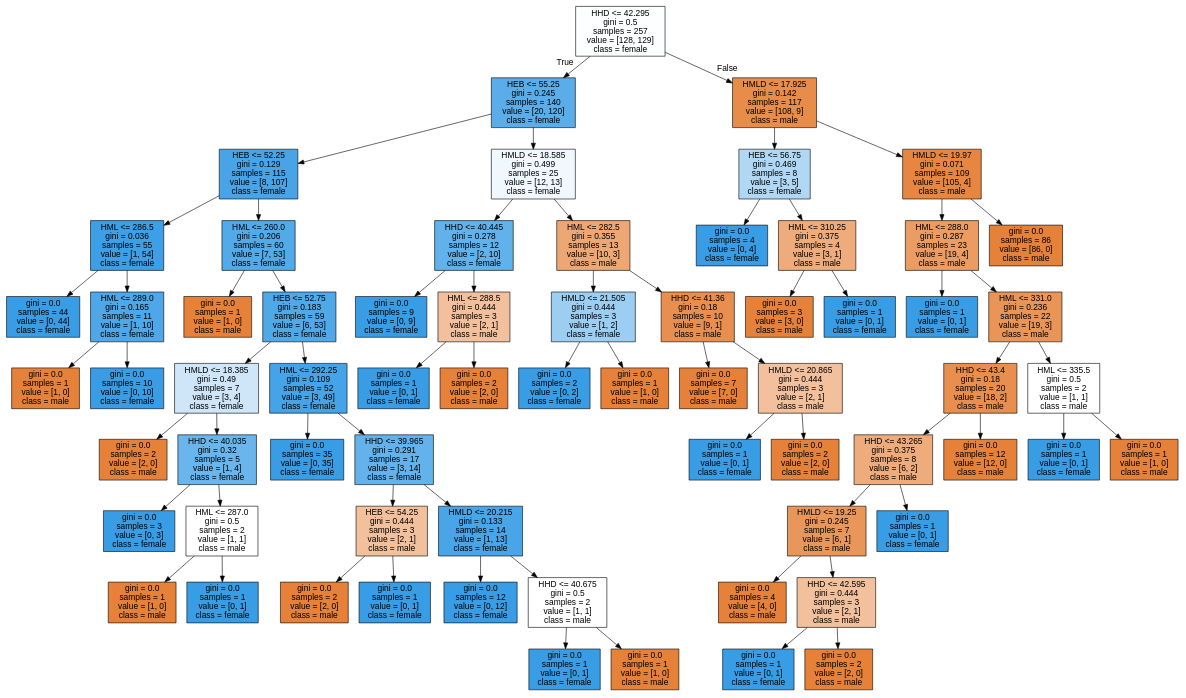
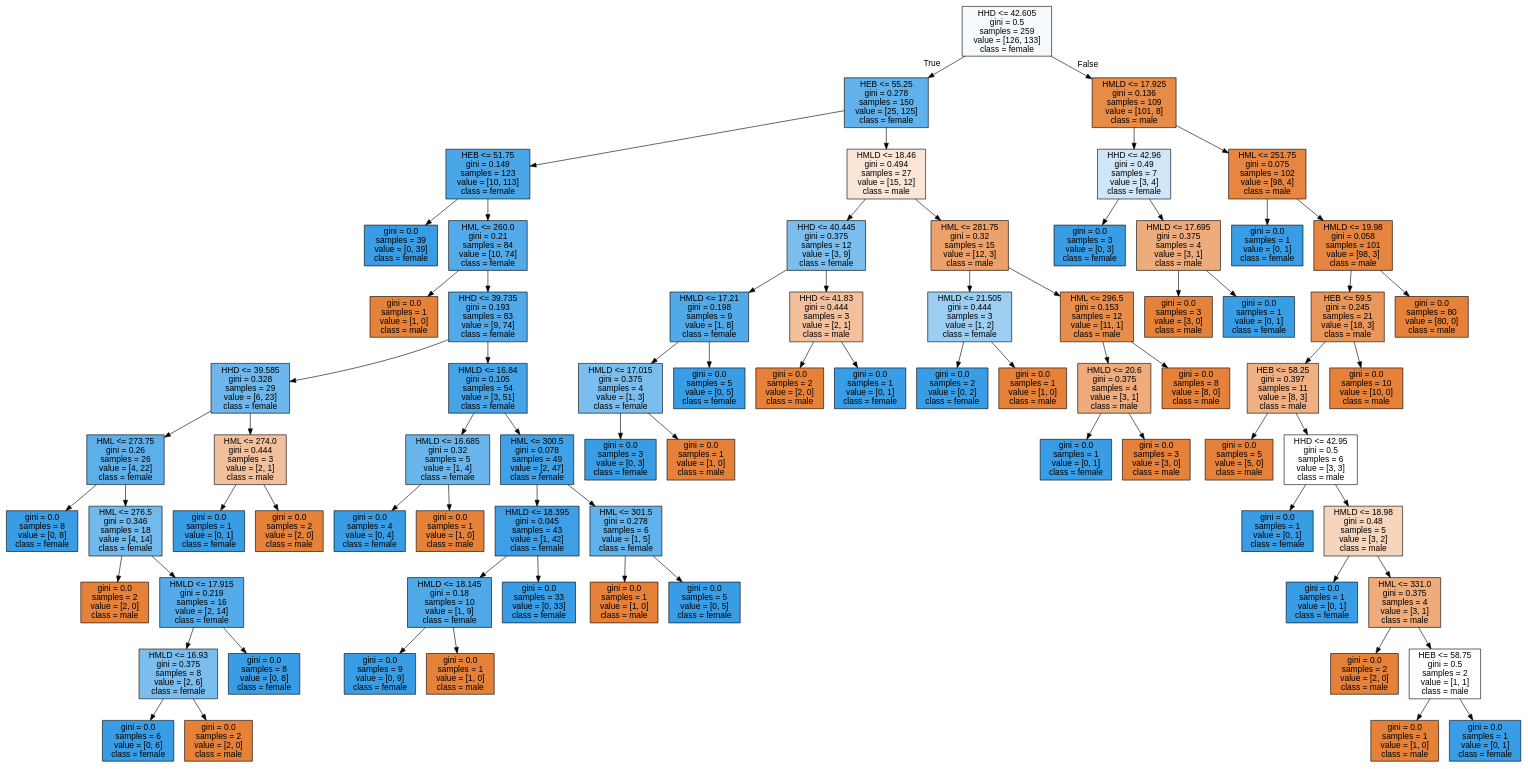
Before and after one commit to AndreeaBolonyi/ReconstituiriIstorice: the diagram in data/decision_trees/tree_sex_humerus.dot, drawn with Graphviz. The commit also changed 5 other files, not shown here.

```diff
--- a/data/decision_trees/tree_sex_humerus.dot
+++ b/data/decision_trees/tree_sex_humerus.dot
@@ -1,137 +1,153 @@
 digraph Tree {
 node [shape=box, style="filled", color="black", fontname="helvetica"] ;
 edge [fontname="helvetica"] ;
-0 [label="HHD <= 42.295\ngini = 0.5\nsamples = 257\nvalue = [128, 129]\nclass = female", fillcolor="#fdfeff"] ;
-1 [label="HEB <= 55.25\ngini = 0.245\nsamples = 140\nvalue = [20, 120]\nclass = female", fillcolor="#5aade9"] ;
+0 [label="HHD <= 42.605\ngini = 0.5\nsamples = 259\nvalue = [126, 133]\nclass = female", fillcolor="#f5fafe"] ;
+1 [label="HEB <= 55.25\ngini = 0.278\nsamples = 150\nvalue = [25, 125]\nclass = female", fillcolor="#61b1ea"] ;
 0 -> 1 [labeldistance=2.5, labelangle=45, headlabel="True"] ;
-2 [label="HEB <= 52.25\ngini = 0.129\nsamples = 115\nvalue = [8, 107]\nclass = female", fillcolor="#48a4e7"] ;
+2 [label="HEB <= 51.75\ngini = 0.149\nsamples = 123\nvalue = [10, 113]\nclass = female", fillcolor="#4ba6e7"] ;
 1 -> 2 ;
-3 [label="HML <= 286.5\ngini = 0.036\nsamples = 55\nvalue = [1, 54]\nclass = female", fillcolor="#3d9fe5"] ;
+3 [label="gini = 0.0\nsamples = 39\nvalue = [0, 39]\nclass = female", fillcolor="#399de5"] ;
 2 -> 3 ;
-4 [label="gini = 0.0\nsamples = 44\nvalue = [0, 44]\nclass = female", fillcolor="#399de5"] ;
-3 -> 4 ;
-5 [label="HML <= 289.0\ngini = 0.165\nsamples = 11\nvalue = [1, 10]\nclass = female", fillcolor="#4da7e8"] ;
-3 -> 5 ;
-6 [label="gini = 0.0\nsamples = 1\nvalue = [1, 0]\nclass = male", fillcolor="#e58139"] ;
-5 -> 6 ;
-7 [label="gini = 0.0\nsamples = 10\nvalue = [0, 10]\nclass = female", fillcolor="#399de5"] ;
-5 -> 7 ;
-8 [label="HML <= 260.0\ngini = 0.206\nsamples = 60\nvalue = [7, 53]\nclass = female", fillcolor="#53aae8"] ;
-2 -> 8 ;
-9 [label="gini = 0.0\nsamples = 1\nvalue = [1, 0]\nclass = male", fillcolor="#e58139"] ;
+4 [label="HML <= 260.0\ngini = 0.21\nsamples = 84\nvalue = [10, 74]\nclass = female", fillcolor="#54aae9"] ;
+2 -> 4 ;
+5 [label="gini = 0.0\nsamples = 1\nvalue = [1, 0]\nclass = male", fillcolor="#e58139"] ;
+4 -> 5 ;
+6 [label="HHD <= 39.735\ngini = 0.193\nsamples = 83\nvalue = [9, 74]\nclass = female", fillcolor="#51a9e8"] ;
+4 -> 6 ;
+7 [label="HHD <= 39.585\ngini = 0.328\nsamples = 29\nvalue = [6, 23]\nclass = female", fillcolor="#6db7ec"] ;
+6 -> 7 ;
+8 [label="HML <= 273.75\ngini = 0.26\nsamples = 26\nvalue = [4, 22]\nclass = female", fillcolor="#5dafea"] ;
+7 -> 8 ;
+9 [label="gini = 0.0\nsamples = 8\nvalue = [0, 8]\nclass = female", fillcolor="#399de5"] ;
 8 -> 9 ;
-10 [label="HEB <= 52.75\ngini = 0.183\nsamples = 59\nvalue = [6, 53]\nclass = female", fillcolor="#4fa8e8"] ;
+10 [label="HML <= 276.5\ngini = 0.346\nsamples = 18\nvalue = [4, 14]\nclass = female", fillcolor="#72b9ec"] ;
 8 -> 10 ;
-11 [label="HMLD <= 18.385\ngini = 0.49\nsamples = 7\nvalue = [3, 4]\nclass = female", fillcolor="#cee6f8"] ;
+11 [label="gini = 0.0\nsamples = 2\nvalue = [2, 0]\nclass = male", fillcolor="#e58139"] ;
 10 -> 11 ;
-12 [label="gini = 0.0\nsamples = 2\nvalue = [2, 0]\nclass = male", fillcolor="#e58139"] ;
-11 -> 12 ;
-13 [label="HHD <= 40.035\ngini = 0.32\nsamples = 5\nvalue = [1, 4]\nclass = female", fillcolor="#6ab6ec"] ;
-11 -> 13 ;
-14 [label="gini = 0.0\nsamples = 3\nvalue = [0, 3]\nclass = female", fillcolor="#399de5"] ;
+12 [label="HMLD <= 17.915\ngini = 0.219\nsamples = 16\nvalue = [2, 14]\nclass = female", fillcolor="#55abe9"] ;
+10 -> 12 ;
+13 [label="HMLD <= 16.93\ngini = 0.375\nsamples = 8\nvalue = [2, 6]\nclass = female", fillcolor="#7bbeee"] ;
+12 -> 13 ;
+14 [label="gini = 0.0\nsamples = 6\nvalue = [0, 6]\nclass = female", fillcolor="#399de5"] ;
 13 -> 14 ;
-15 [label="HML <= 287.0\ngini = 0.5\nsamples = 2\nvalue = [1, 1]\nclass = male", fillcolor="#ffffff"] ;
+15 [label="gini = 0.0\nsamples = 2\nvalue = [2, 0]\nclass = male", fillcolor="#e58139"] ;
 13 -> 15 ;
-16 [label="gini = 0.0\nsamples = 1\nvalue = [1, 0]\nclass = male", fillcolor="#e58139"] ;
-15 -> 16 ;
-17 [label="gini = 0.0\nsamples = 1\nvalue = [0, 1]\nclass = female", fillcolor="#399de5"] ;
-15 -> 17 ;
-18 [label="HML <= 292.25\ngini = 0.109\nsamples = 52\nvalue = [3, 49]\nclass = female", fillcolor="#45a3e7"] ;
-10 -> 18 ;
-19 [label="gini = 0.0\nsamples = 35\nvalue = [0, 35]\nclass = female", fillcolor="#399de5"] ;
-18 -> 19 ;
-20 [label="HHD <= 39.965\ngini = 0.291\nsamples = 17\nvalue = [3, 14]\nclass = female", fillcolor="#63b2eb"] ;
-18 -> 20 ;
-21 [label="HEB <= 54.25\ngini = 0.444\nsamples = 3\nvalue = [2, 1]\nclass = male", fillcolor="#f2c09c"] ;
+16 [label="gini = 0.0\nsamples = 8\nvalue = [0, 8]\nclass = female", fillcolor="#399de5"] ;
+12 -> 16 ;
+17 [label="HML <= 274.0\ngini = 0.444\nsamples = 3\nvalue = [2, 1]\nclass = male", fillcolor="#f2c09c"] ;
+7 -> 17 ;
+18 [label="gini = 0.0\nsamples = 1\nvalue = [0, 1]\nclass = female", fillcolor="#399de5"] ;
+17 -> 18 ;
+19 [label="gini = 0.0\nsamples = 2\nvalue = [2, 0]\nclass = male", fillcolor="#e58139"] ;
+17 -> 19 ;
+20 [label="HMLD <= 16.84\ngini = 0.105\nsamples = 54\nvalue = [3, 51]\nclass = female", fillcolor="#45a3e7"] ;
+6 -> 20 ;
+21 [label="HMLD <= 16.685\ngini = 0.32\nsamples = 5\nvalue = [1, 4]\nclass = female", fillcolor="#6ab6ec"] ;
 20 -> 21 ;
-22 [label="gini = 0.0\nsamples = 2\nvalue = [2, 0]\nclass = male", fillcolor="#e58139"] ;
+22 [label="gini = 0.0\nsamples = 4\nvalue = [0, 4]\nclass = female", fillcolor="#399de5"] ;
 21 -> 22 ;
-23 [label="gini = 0.0\nsamples = 1\nvalue = [0, 1]\nclass = female", fillcolor="#399de5"] ;
+23 [label="gini = 0.0\nsamples = 1\nvalue = [1, 0]\nclass = male", fillcolor="#e58139"] ;
 21 -> 23 ;
-24 [label="HMLD <= 20.215\ngini = 0.133\nsamples = 14\nvalue = [1, 13]\nclass = female", fillcolor="#48a5e7"] ;
+24 [label="HML <= 300.5\ngini = 0.078\nsamples = 49\nvalue = [2, 47]\nclass = female", fillcolor="#41a1e6"] ;
 20 -> 24 ;
-25 [label="gini = 0.0\nsamples = 12\nvalue = [0, 12]\nclass = female", fillcolor="#399de5"] ;
+25 [label="HMLD <= 18.395\ngini = 0.045\nsamples = 43\nvalue = [1, 42]\nclass = female", fillcolor="#3e9fe6"] ;
 24 -> 25 ;
-26 [label="HHD <= 40.675\ngini = 0.5\nsamples = 2\nvalue = [1, 1]\nclass = male", fillcolor="#ffffff"] ;
-24 -> 26 ;
-27 [label="gini = 0.0\nsamples = 1\nvalue = [0, 1]\nclass = female", fillcolor="#399de5"] ;
+26 [label="HMLD <= 18.145\ngini = 0.18\nsamples = 10\nvalue = [1, 9]\nclass = female", fillcolor="#4fa8e8"] ;
+25 -> 26 ;
+27 [label="gini = 0.0\nsamples = 9\nvalue = [0, 9]\nclass = female", fillcolor="#399de5"] ;
 26 -> 27 ;
 28 [label="gini = 0.0\nsamples = 1\nvalue = [1, 0]\nclass = male", fillcolor="#e58139"] ;
 26 -> 28 ;
-29 [label="HMLD <= 18.585\ngini = 0.499\nsamples = 25\nvalue = [12, 13]\nclass = female", fillcolor="#f0f7fd"] ;
-1 -> 29 ;
-30 [label="HHD <= 40.445\ngini = 0.278\nsamples = 12\nvalue = [2, 10]\nclass = female", fillcolor="#61b1ea"] ;
-29 -> 30 ;
-31 [label="gini = 0.0\nsamples = 9\nvalue = [0, 9]\nclass = female", fillcolor="#399de5"] ;
+29 [label="gini = 0.0\nsamples = 33\nvalue = [0, 33]\nclass = female", fillcolor="#399de5"] ;
+25 -> 29 ;
+30 [label="HML <= 301.5\ngini = 0.278\nsamples = 6\nvalue = [1, 5]\nclass = female", fillcolor="#61b1ea"] ;
+24 -> 30 ;
+31 [label="gini = 0.0\nsamples = 1\nvalue = [1, 0]\nclass = male", fillcolor="#e58139"] ;
 30 -> 31 ;
-32 [label="HML <= 288.5\ngini = 0.444\nsamples = 3\nvalue = [2, 1]\nclass = male", fillcolor="#f2c09c"] ;
+32 [label="gini = 0.0\nsamples = 5\nvalue = [0, 5]\nclass = female", fillcolor="#399de5"] ;
 30 -> 32 ;
-33 [label="gini = 0.0\nsamples = 1\nvalue = [0, 1]\nclass = female", fillcolor="#399de5"] ;
-32 -> 33 ;
-34 [label="gini = 0.0\nsamples = 2\nvalue = [2, 0]\nclass = male", fillcolor="#e58139"] ;
-32 -> 34 ;
-35 [label="HML <= 282.5\ngini = 0.355\nsamples = 13\nvalue = [10, 3]\nclass = male", fillcolor="#eda774"] ;
-29 -> 35 ;
-36 [label="HMLD <= 21.505\ngini = 0.444\nsamples = 3\nvalue = [1, 2]\nclass = female", fillcolor="#9ccef2"] ;
+33 [label="HMLD <= 18.46\ngini = 0.494\nsamples = 27\nvalue = [15, 12]\nclass = male", fillcolor="#fae6d7"] ;
+1 -> 33 ;
+34 [label="HHD <= 40.445\ngini = 0.375\nsamples = 12\nvalue = [3, 9]\nclass = female", fillcolor="#7bbeee"] ;
+33 -> 34 ;
+35 [label="HMLD <= 17.21\ngini = 0.198\nsamples = 9\nvalue = [1, 8]\nclass = female", fillcolor="#52a9e8"] ;
+34 -> 35 ;
+36 [label="HMLD <= 17.015\ngini = 0.375\nsamples = 4\nvalue = [1, 3]\nclass = female", fillcolor="#7bbeee"] ;
 35 -> 36 ;
-37 [label="gini = 0.0\nsamples = 2\nvalue = [0, 2]\nclass = female", fillcolor="#399de5"] ;
+37 [label="gini = 0.0\nsamples = 3\nvalue = [0, 3]\nclass = female", fillcolor="#399de5"] ;
 36 -> 37 ;
 38 [label="gini = 0.0\nsamples = 1\nvalue = [1, 0]\nclass = male", fillcolor="#e58139"] ;
 36 -> 38 ;
-39 [label="HHD <= 41.36\ngini = 0.18\nsamples = 10\nvalue = [9, 1]\nclass = male", fillcolor="#e88f4f"] ;
+39 [label="gini = 0.0\nsamples = 5\nvalue = [0, 5]\nclass = female", fillcolor="#399de5"] ;
 35 -> 39 ;
-40 [label="gini = 0.0\nsamples = 7\nvalue = [7, 0]\nclass = male", fillcolor="#e58139"] ;
-39 -> 40 ;
-41 [label="HMLD <= 20.865\ngini = 0.444\nsamples = 3\nvalue = [2, 1]\nclass = male", fillcolor="#f2c09c"] ;
-39 -> 41 ;
+40 [label="HHD <= 41.83\ngini = 0.444\nsamples = 3\nvalue = [2, 1]\nclass = male", fillcolor="#f2c09c"] ;
+34 -> 40 ;
+41 [label="gini = 0.0\nsamples = 2\nvalue = [2, 0]\nclass = male", fillcolor="#e58139"] ;
+40 -> 41 ;
 42 [label="gini = 0.0\nsamples = 1\nvalue = [0, 1]\nclass = female", fillcolor="#399de5"] ;
-41 -> 42 ;
-43 [label="gini = 0.0\nsamples = 2\nvalue = [2, 0]\nclass = male", fillcolor="#e58139"] ;
-41 -> 43 ;
-44 [label="HMLD <= 17.925\ngini = 0.142\nsamples = 117\nvalue = [108, 9]\nclass = male", fillcolor="#e78c49"] ;
-0 -> 44 [labeldistance=2.5, labelangle=-45, headlabel="False"] ;
-45 [label="HEB <= 56.75\ngini = 0.469\nsamples = 8\nvalue = [3, 5]\nclass = female", fillcolor="#b0d8f5"] ;
+40 -> 42 ;
+43 [label="HML <= 281.75\ngini = 0.32\nsamples = 15\nvalue = [12, 3]\nclass = male", fillcolor="#eca06a"] ;
+33 -> 43 ;
+44 [label="HMLD <= 21.505\ngini = 0.444\nsamples = 3\nvalue = [1, 2]\nclass = female", fillcolor="#9ccef2"] ;
+43 -> 44 ;
+45 [label="gini = 0.0\nsamples = 2\nvalue = [0, 2]\nclass = female", fillcolor="#399de5"] ;
 44 -> 45 ;
-46 [label="gini = 0.0\nsamples = 4\nvalue = [0, 4]\nclass = female", fillcolor="#399de5"] ;
-45 -> 46 ;
-47 [label="HML <= 310.25\ngini = 0.375\nsamples = 4\nvalue = [3, 1]\nclass = male", fillcolor="#eeab7b"] ;
-45 -> 47 ;
-48 [label="gini = 0.0\nsamples = 3\nvalue = [3, 0]\nclass = male", fillcolor="#e58139"] ;
+46 [label="gini = 0.0\nsamples = 1\nvalue = [1, 0]\nclass = male", fillcolor="#e58139"] ;
+44 -> 46 ;
+47 [label="HML <= 296.5\ngini = 0.153\nsamples = 12\nvalue = [11, 1]\nclass = male", fillcolor="#e78c4b"] ;
+43 -> 47 ;
+48 [label="HMLD <= 20.6\ngini = 0.375\nsamples = 4\nvalue = [3, 1]\nclass = male", fillcolor="#eeab7b"] ;
 47 -> 48 ;
 49 [label="gini = 0.0\nsamples = 1\nvalue = [0, 1]\nclass = female", fillcolor="#399de5"] ;
-47 -> 49 ;
-50 [label="HMLD <= 19.97\ngini = 0.071\nsamples = 109\nvalue = [105, 4]\nclass = male", fillcolor="#e68641"] ;
-44 -> 50 ;
-51 [label="HML <= 288.0\ngini = 0.287\nsamples = 23\nvalue = [19, 4]\nclass = male", fillcolor="#ea9c63"] ;
-50 -> 51 ;
-52 [label="gini = 0.0\nsamples = 1\nvalue = [0, 1]\nclass = female", fillcolor="#399de5"] ;
-51 -> 52 ;
-53 [label="HML <= 331.0\ngini = 0.236\nsamples = 22\nvalue = [19, 3]\nclass = male", fillcolor="#e99558"] ;
-51 -> 53 ;
-54 [label="HHD <= 43.4\ngini = 0.18\nsamples = 20\nvalue = [18, 2]\nclass = male", fillcolor="#e88f4f"] ;
+48 -> 49 ;
+50 [label="gini = 0.0\nsamples = 3\nvalue = [3, 0]\nclass = male", fillcolor="#e58139"] ;
+48 -> 50 ;
+51 [label="gini = 0.0\nsamples = 8\nvalue = [8, 0]\nclass = male", fillcolor="#e58139"] ;
+47 -> 51 ;
+52 [label="HMLD <= 17.925\ngini = 0.136\nsamples = 109\nvalue = [101, 8]\nclass = male", fillcolor="#e78b49"] ;
+0 -> 52 [labeldistance=2.5, labelangle=-45, headlabel="False"] ;
+53 [label="HHD <= 42.96\ngini = 0.49\nsamples = 7\nvalue = [3, 4]\nclass = female", fillcolor="#cee6f8"] ;
+52 -> 53 ;
+54 [label="gini = 0.0\nsamples = 3\nvalue = [0, 3]\nclass = female", fillcolor="#399de5"] ;
 53 -> 54 ;
-55 [label="HHD <= 43.265\ngini = 0.375\nsamples = 8\nvalue = [6, 2]\nclass = male", fillcolor="#eeab7b"] ;
-54 -> 55 ;
-56 [label="HMLD <= 19.25\ngini = 0.245\nsamples = 7\nvalue = [6, 1]\nclass = male", fillcolor="#e9965a"] ;
+55 [label="HMLD <= 17.695\ngini = 0.375\nsamples = 4\nvalue = [3, 1]\nclass = male", fillcolor="#eeab7b"] ;
+53 -> 55 ;
+56 [label="gini = 0.0\nsamples = 3\nvalue = [3, 0]\nclass = male", fillcolor="#e58139"] ;
 55 -> 56 ;
-57 [label="gini = 0.0\nsamples = 4\nvalue = [4, 0]\nclass = male", fillcolor="#e58139"] ;
-56 -> 57 ;
-58 [label="HHD <= 42.595\ngini = 0.444\nsamples = 3\nvalue = [2, 1]\nclass = male", fillcolor="#f2c09c"] ;
-56 -> 58 ;
+57 [label="gini = 0.0\nsamples = 1\nvalue = [0, 1]\nclass = female", fillcolor="#399de5"] ;
+55 -> 57 ;
+58 [label="HML <= 251.75\ngini = 0.075\nsamples = 102\nvalue = [98, 4]\nclass = male", fillcolor="#e68641"] ;
+52 -> 58 ;
 59 [label="gini = 0.0\nsamples = 1\nvalue = [0, 1]\nclass = female", fillcolor="#399de5"] ;
 58 -> 59 ;
-60 [label="gini = 0.0\nsamples = 2\nvalue = [2, 0]\nclass = male", fillcolor="#e58139"] ;
+60 [label="HMLD <= 19.98\ngini = 0.058\nsamples = 101\nvalue = [98, 3]\nclass = male", fillcolor="#e6853f"] ;
 58 -> 60 ;
-61 [label="gini = 0.0\nsamples = 1\nvalue = [0, 1]\nclass = female", fillcolor="#399de5"] ;
-55 -> 61 ;
-62 [label="gini = 0.0\nsamples = 12\nvalue = [12, 0]\nclass = male", fillcolor="#e58139"] ;
-54 -> 62 ;
-63 [label="HML <= 335.5\ngini = 0.5\nsamples = 2\nvalue = [1, 1]\nclass = male", fillcolor="#ffffff"] ;
-53 -> 63 ;
-64 [label="gini = 0.0\nsamples = 1\nvalue = [0, 1]\nclass = female", fillcolor="#399de5"] ;
-63 -> 64 ;
-65 [label="gini = 0.0\nsamples = 1\nvalue = [1, 0]\nclass = male", fillcolor="#e58139"] ;
-63 -> 65 ;
-66 [label="gini = 0.0\nsamples = 86\nvalue = [86, 0]\nclass = male", fillcolor="#e58139"] ;
-50 -> 66 ;
+61 [label="HEB <= 59.5\ngini = 0.245\nsamples = 21\nvalue = [18, 3]\nclass = male", fillcolor="#e9965a"] ;
+60 -> 61 ;
+62 [label="HEB <= 58.25\ngini = 0.397\nsamples = 11\nvalue = [8, 3]\nclass = male", fillcolor="#efb083"] ;
+61 -> 62 ;
+63 [label="gini = 0.0\nsamples = 5\nvalue = [5, 0]\nclass = male", fillcolor="#e58139"] ;
+62 -> 63 ;
+64 [label="HHD <= 42.95\ngini = 0.5\nsamples = 6\nvalue = [3, 3]\nclass = male", fillcolor="#ffffff"] ;
+62 -> 64 ;
+65 [label="gini = 0.0\nsamples = 1\nvalue = [0, 1]\nclass = female", fillcolor="#399de5"] ;
+64 -> 65 ;
+66 [label="HMLD <= 18.98\ngini = 0.48\nsamples = 5\nvalue = [3, 2]\nclass = male", fillcolor="#f6d5bd"] ;
+64 -> 66 ;
+67 [label="gini = 0.0\nsamples = 1\nvalue = [0, 1]\nclass = female", fillcolor="#399de5"] ;
+66 -> 67 ;
+68 [label="HML <= 331.0\ngini = 0.375\nsamples = 4\nvalue = [3, 1]\nclass = male", fillcolor="#eeab7b"] ;
+66 -> 68 ;
+69 [label="gini = 0.0\nsamples = 2\nvalue = [2, 0]\nclass = male", fillcolor="#e58139"] ;
+68 -> 69 ;
+70 [label="HEB <= 58.75\ngini = 0.5\nsamples = 2\nvalue = [1, 1]\nclass = male", fillcolor="#ffffff"] ;
+68 -> 70 ;
+71 [label="gini = 0.0\nsamples = 1\nvalue = [1, 0]\nclass = male", fillcolor="#e58139"] ;
+70 -> 71 ;
+72 [label="gini = 0.0\nsamples = 1\nvalue = [0, 1]\nclass = female", fillcolor="#399de5"] ;
+70 -> 72 ;
+73 [label="gini = 0.0\nsamples = 10\nvalue = [10, 0]\nclass = male", fillcolor="#e58139"] ;
+61 -> 73 ;
+74 [label="gini = 0.0\nsamples = 80\nvalue = [80, 0]\nclass = male", fillcolor="#e58139"] ;
+60 -> 74 ;
 }
```
